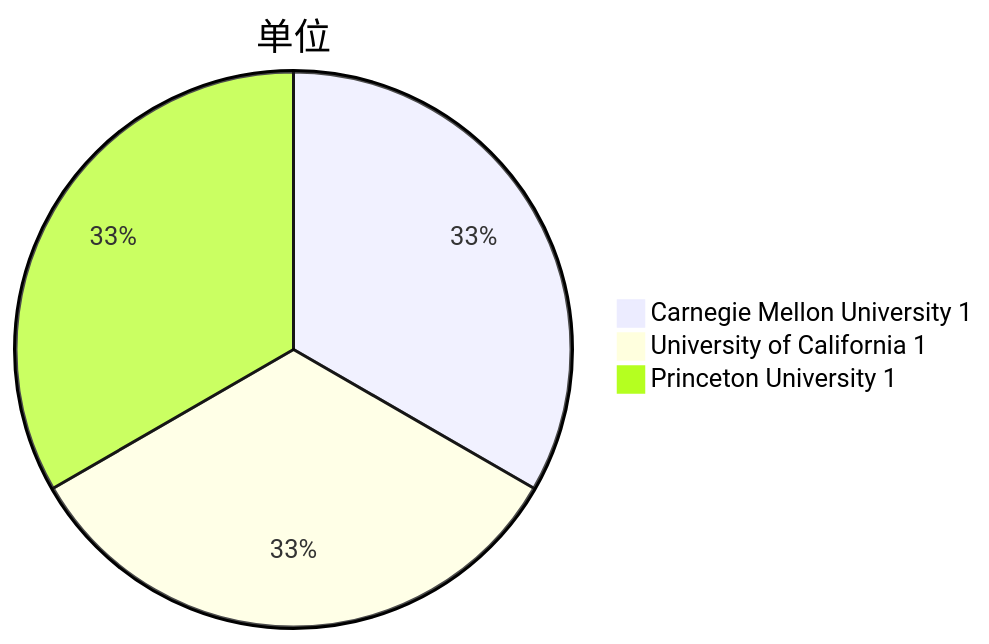
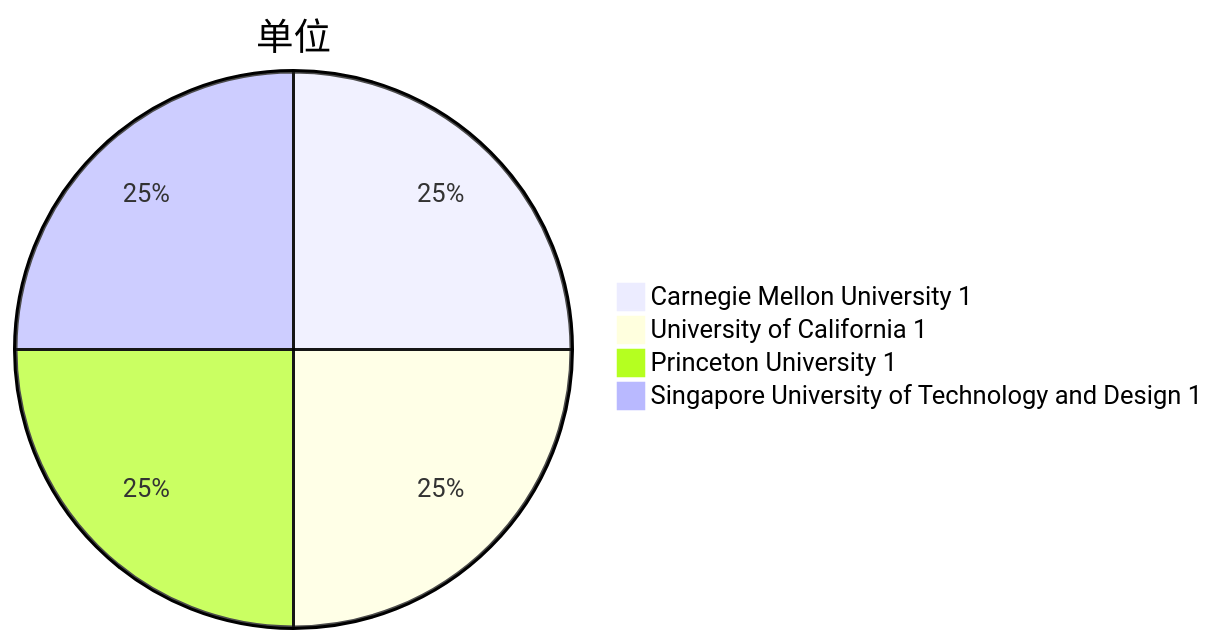
One commit to Elephant-King9/Paper changed the third of 5 diagrams in Attack/Jailbreak/analyse.md. Above: the diagram before and after it, drawn with Mermaid. The commit also changed other lines of this file and 10 other files, not shown here.

````diff
--- a/Attack/Jailbreak/analyse.md
+++ b/Attack/Jailbreak/analyse.md
@@ -28,6 +31,7 @@
 ```mermaid
 pie title 单位
     "Carnegie Mellon University 1" : 1
     "University of California 1" : 1
     "Princeton University 1" : 1
+    "Singapore University of Technology and Design 1 " : 1
 ```
````
